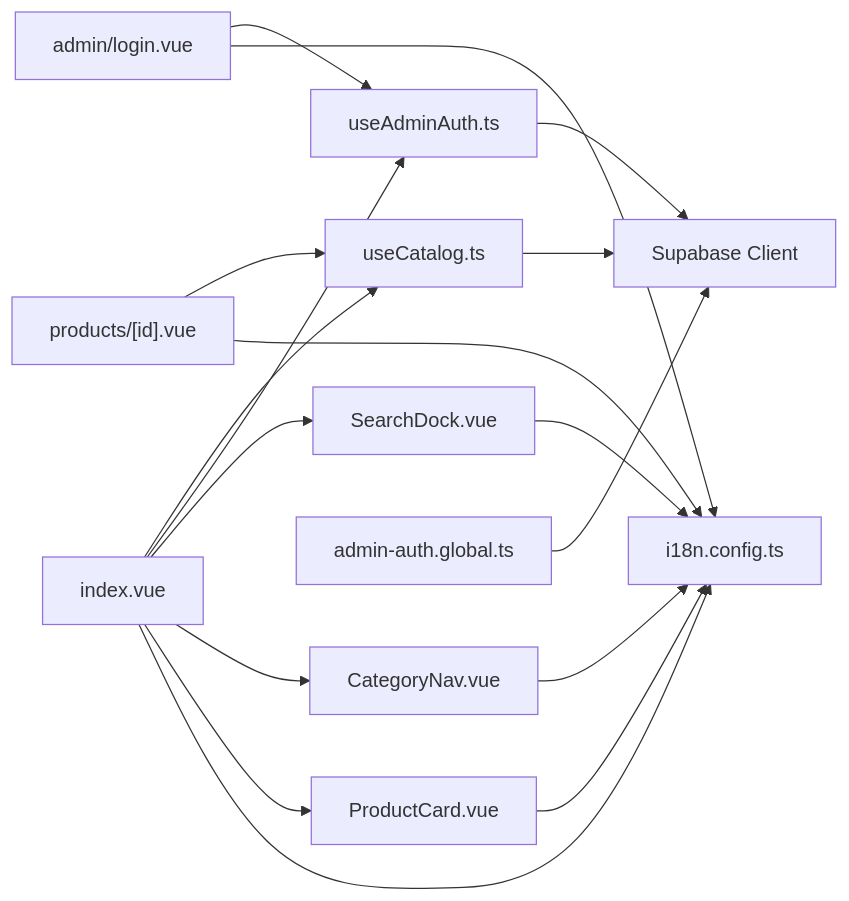
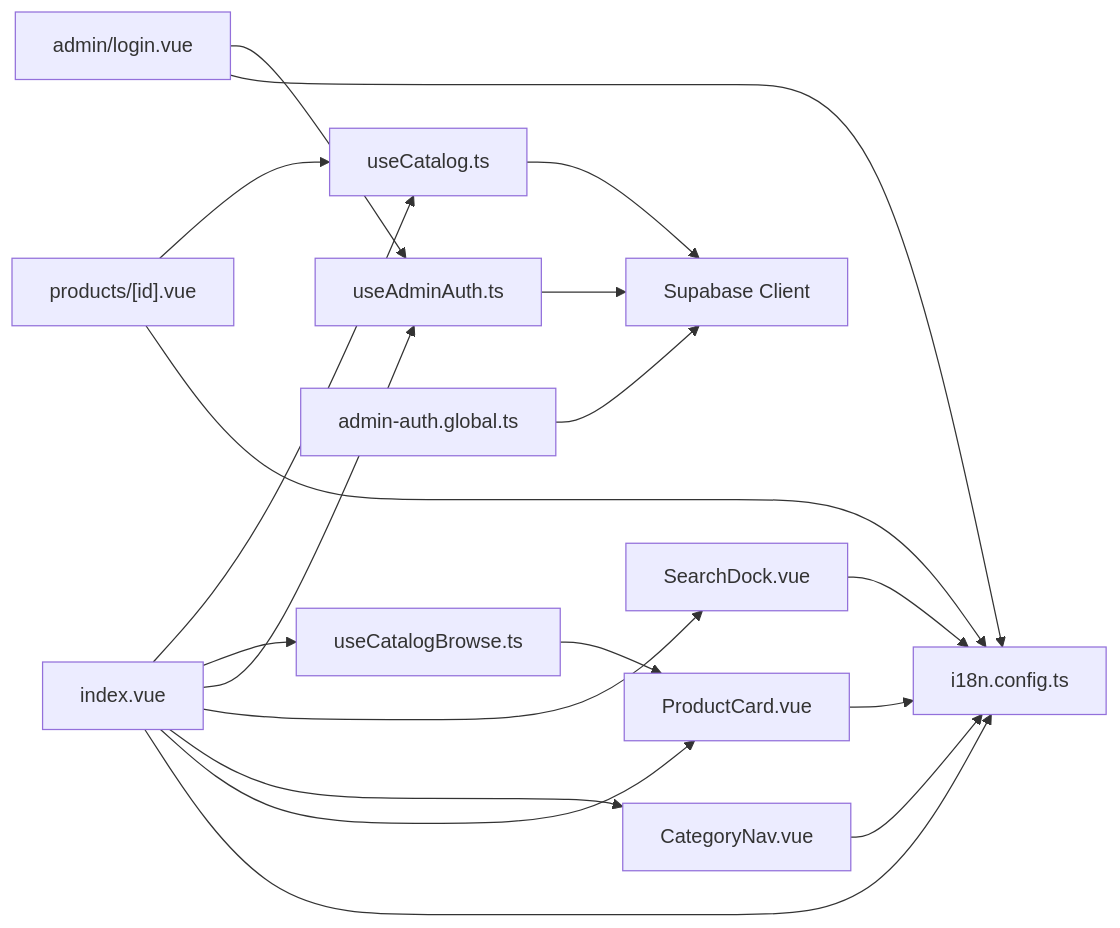
One commit to RaccoonPie-314/Raccoon-Gear-Bin changed the fourth of 4 diagrams in .qoder/repowiki/en/content/Pages & Routing/Page Structure & Organization.md. Above: the diagram before and after it, drawn with Mermaid. The commit also changed other lines of this file and 65 other files, not shown here.

````diff
--- a/.qoder/repowiki/en/content/Pages & Routing/Page Structure & Organization.md
+++ b/.qoder/repowiki/en/content/Pages & Routing/Page Structure & Organization.md
@@ -369,19 +385,21 @@
 ```mermaid
 graph LR
 Index["index.vue"] --> UC["useCatalog.ts"]
+Index --> UCB["useCatalogBrowse.ts"]
 Index --> UA["useAdminAuth.ts"]
 Index --> SD["SearchDock.vue"]
 Index --> CN["CategoryNav.vue"]
 Index --> PC["ProductCard.vue"]
 Detail["products/[id].vue"] --> UC
 Login["admin/login.vue"] --> UA
 UA --> SB["Supabase Client"]
 UC --> SB
+UCB --> PC
 MW["admin-auth.global.ts"] --> SB
 Index --> I18N["i18n.config.ts"]
 Detail --> I18N
 Login --> I18N
 SD --> I18N
 CN --> I18N
 PC --> I18N
 ```
````
